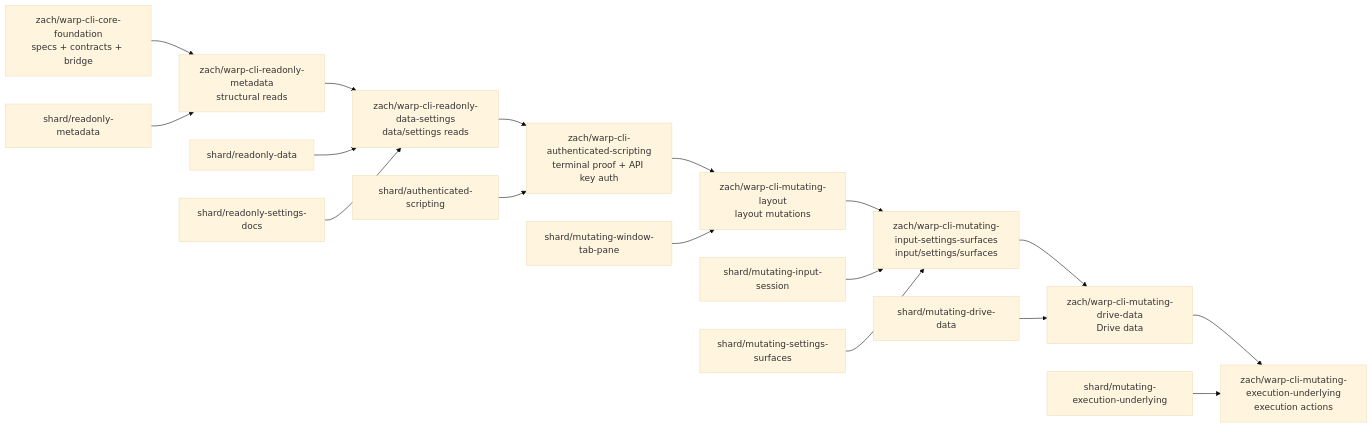
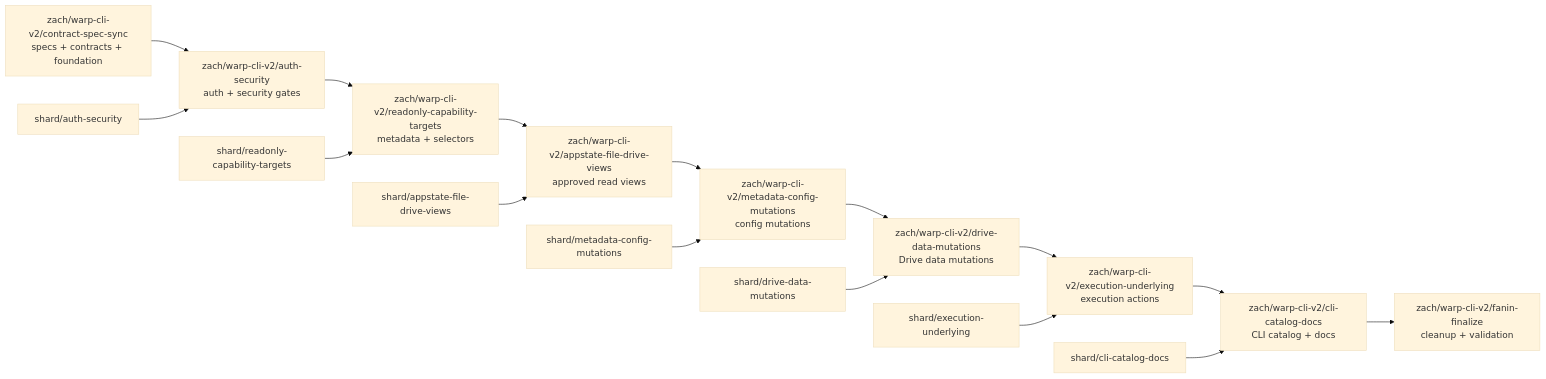
One commit to warpdotdev/warp changed the second of 2 diagrams in specs/warp-control-cli/TECH.md. Above: the diagram before and after it, drawn with Mermaid (base theme). The commit also changed other lines of this file, not shown here.

Commit message:
Update warpctrl v2 branch architecture

````diff
--- a/specs/warp-control-cli/TECH.md
+++ b/specs/warp-control-cli/TECH.md
@@ -564,19 +519,18 @@
 ```mermaid
 flowchart LR
-    Core["zach/warp-cli-core-foundation<br/>specs + contracts + bridge"] --> ROMeta["zach/warp-cli-readonly-metadata<br/>structural reads"]
-    ROMeta --> ROData["zach/warp-cli-readonly-data-settings<br/>data/settings reads"]
-    ROData --> Auth["zach/warp-cli-authenticated-scripting<br/>terminal proof + API key auth"]
-    Auth --> MutLayout["zach/warp-cli-mutating-layout<br/>layout mutations"]
-    MutLayout --> MutInput["zach/warp-cli-mutating-input-settings-surfaces<br/>input/settings/surfaces"]
-    MutInput --> MutData["zach/warp-cli-mutating-drive-data<br/>Drive data"]
-    MutData --> MutExec["zach/warp-cli-mutating-execution-underlying<br/>execution actions"]
-    ROMetaShard["shard/readonly-metadata"] --> ROMeta
-    RODataShard["shard/readonly-data"] --> ROData
-    ROSettingsShard["shard/readonly-settings-docs"] --> ROData
-    MutLayoutShard["shard/mutating-window-tab-pane"] --> MutLayout
-    MutInputShard["shard/mutating-input-session"] --> MutInput
-    MutSettingsShard["shard/mutating-settings-surfaces"] --> MutInput
-    AuthShard["shard/authenticated-scripting"] --> Auth
-    MutDataShard["shard/mutating-drive-data"] --> MutData
-    MutExecShard["shard/mutating-execution-underlying"] --> MutExec
+    Contract["zach/warp-cli-v2/contract-spec-sync<br/>specs + contracts + foundation"] --> Auth["zach/warp-cli-v2/auth-security<br/>auth + security gates"]
+    Auth --> Readonly["zach/warp-cli-v2/readonly-capability-targets<br/>metadata + selectors"]
+    Readonly --> Views["zach/warp-cli-v2/appstate-file-drive-views<br/>approved read views"]
+    Views --> MetaMut["zach/warp-cli-v2/metadata-config-mutations<br/>config mutations"]
+    MetaMut --> DriveMut["zach/warp-cli-v2/drive-data-mutations<br/>Drive data mutations"]
+    DriveMut --> Exec["zach/warp-cli-v2/execution-underlying<br/>execution actions"]
+    Exec --> Docs["zach/warp-cli-v2/cli-catalog-docs<br/>CLI catalog + docs"]
+    Docs --> Final["zach/warp-cli-v2/fanin-finalize<br/>cleanup + validation"]
+    AuthShard["shard/auth-security"] --> Auth
+    ReadonlyShard["shard/readonly-capability-targets"] --> Readonly
+    ViewsShard["shard/appstate-file-drive-views"] --> Views
+    MetaShard["shard/metadata-config-mutations"] --> MetaMut
+    DriveShard["shard/drive-data-mutations"] --> DriveMut
+    ExecShard["shard/execution-underlying"] --> Exec
+    DocsShard["shard/cli-catalog-docs"] --> Docs
 ```
````
